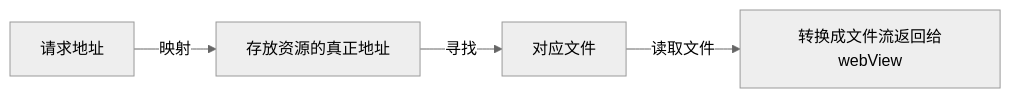
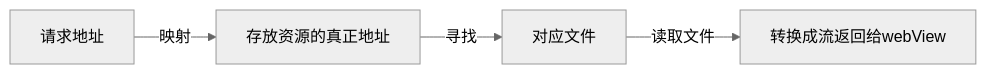
The diagram in webview/离线包/离线包2.0.md (cugkuan/doc), drawn with Mermaid (neutral theme) before and after one commit. The commit also changed other lines of this file and 1 other file, not shown here.

````diff
--- a/webview/离线包/离线包2.0.md
+++ b/webview/离线包/离线包2.0.md
@@ -17,6 +17,6 @@
 ```mermaid
 graph LR
 
-A[请求地址]--> |映射|B[存放资源的真正地址] -->|寻找|C[对应文件] -->|读取文件|D[转换成文件流返回给webView]
+A[请求地址]--> |映射|B[存放资源的真正地址] -->|寻找|C[对应文件] -->|读取文件|D[转换成流返回给webView]
 
 ```
````
